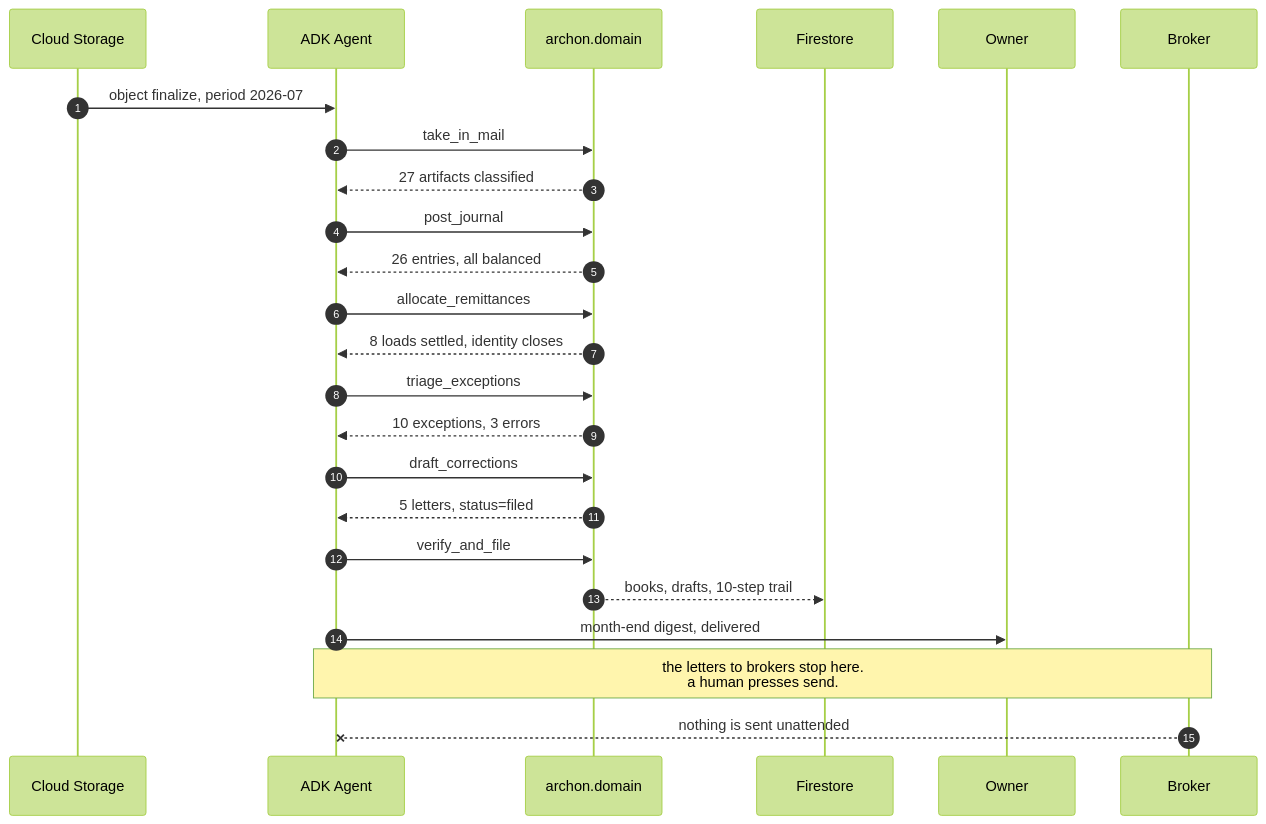
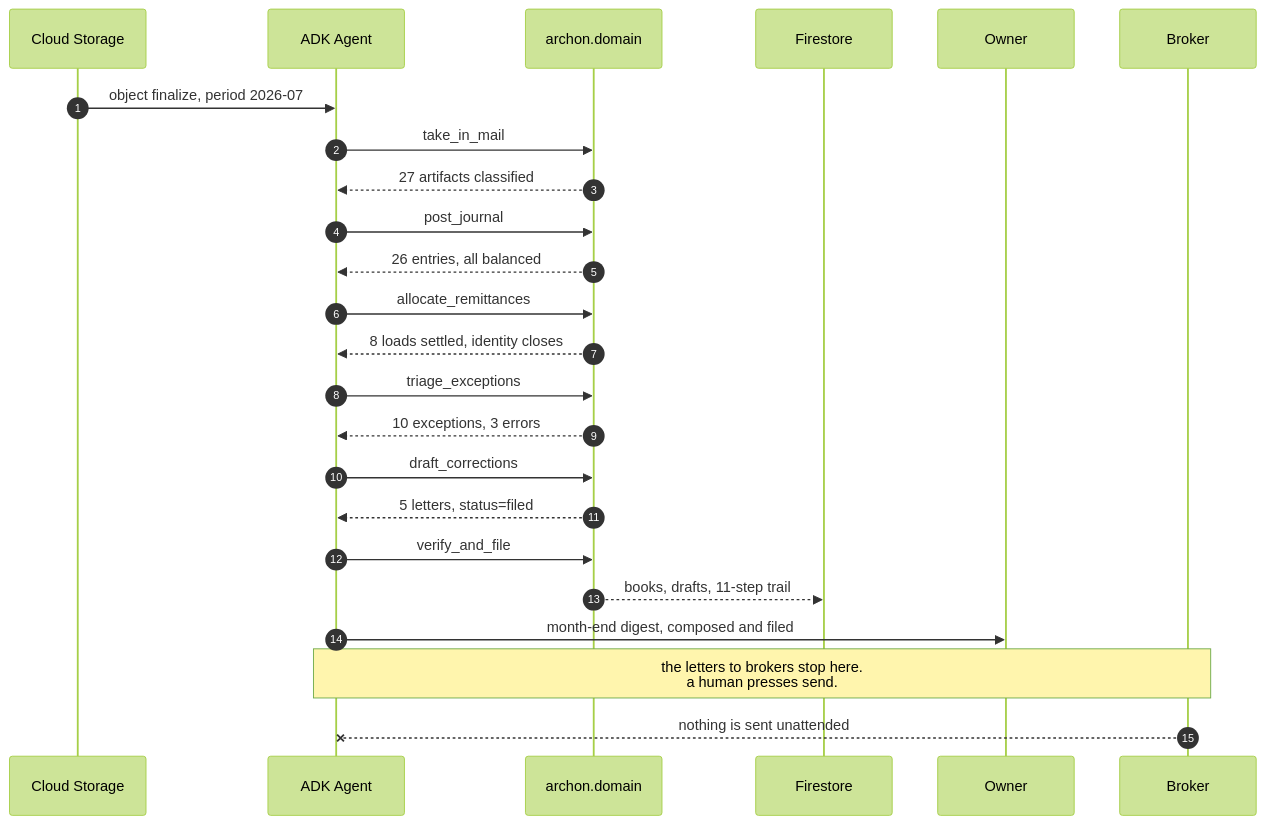
The second of 2 diagrams in README.md (upgradedev/archon-gcp-agentic), drawn with Mermaid (forest theme) before and after one commit. The commit also changed other lines of this file and 9 other files, not shown here.

````diff
--- a/README.md
+++ b/README.md
@@ -320,27 +323,27 @@
 ```mermaid
 sequenceDiagram
     autonumber
     participant B as Cloud Storage
     participant A as ADK Agent
     participant D as archon.domain
     participant F as Firestore
     participant O as Owner
     participant X as Broker
 
     B->>A: object finalize, period 2026-07
     A->>D: take_in_mail
     D-->>A: 27 artifacts classified
     A->>D: post_journal
     D-->>A: 26 entries, all balanced
     A->>D: allocate_remittances
     D-->>A: 8 loads settled, identity closes
     A->>D: triage_exceptions
     D-->>A: 10 exceptions, 3 errors
     A->>D: draft_corrections
     D-->>A: 5 letters, status=filed
     A->>D: verify_and_file
-    D-->>F: books, drafts, 10-step trail
-    A->>O: month-end digest, delivered
+    D-->>F: books, drafts, 11-step trail
+    A->>O: month-end digest, composed and filed
     Note over A,X: the letters to brokers stop here.<br/>a human presses send.
     X--xA: nothing is sent unattended
 ```
````
